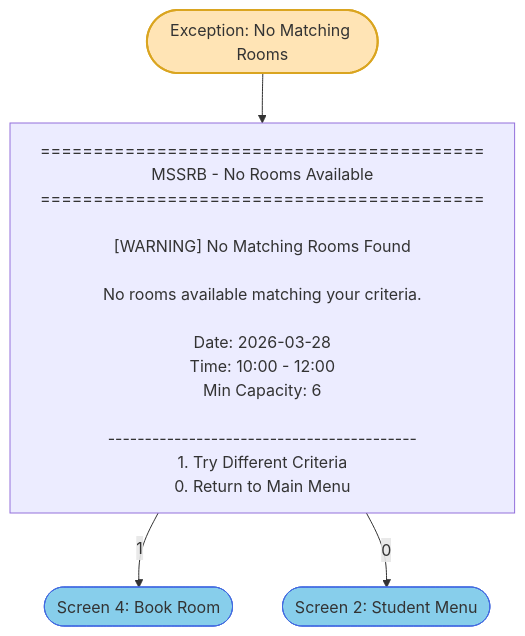
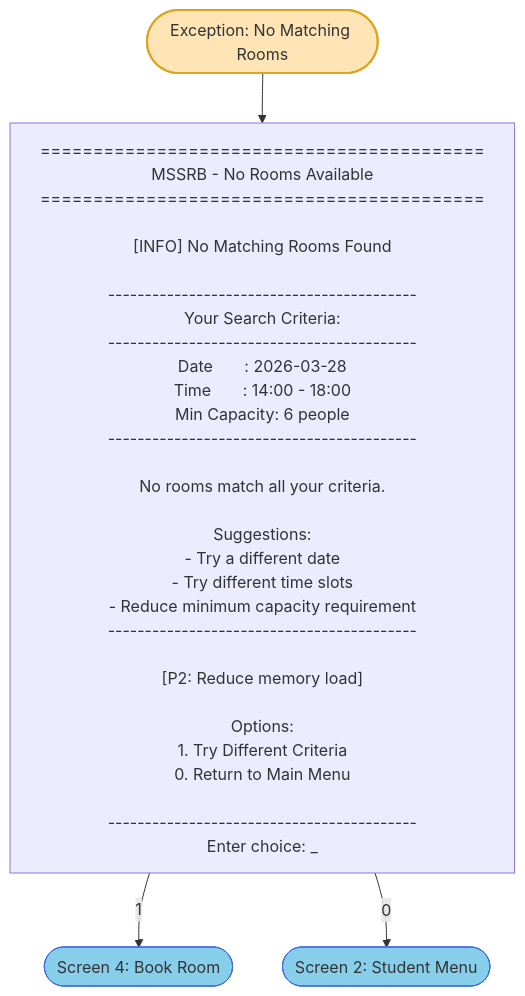
The diagram in mermaid/member_b/exception_no_rooms.mmd (alii0110-monash/fit5136-study-room-booking), drawn with Mermaid before and after one commit. The commit also changed 14 other files, not shown here.

First line of the commit message:
Enrich all Mermaid screens with complete UI content

```diff
--- a/mermaid/member_b/exception_no_rooms.mmd
+++ b/mermaid/member_b/exception_no_rooms.mmd
@@ -1,31 +1,46 @@
 flowchart TB
     NO_ROOMS(["Exception: No Matching Rooms"])
 
     NR1["
 ==========================================
 MSSRB - No Rooms Available
 ==========================================
 
-[WARNING] No Matching Rooms Found
-
-No rooms available matching your criteria.
-
-Date: 2026-03-28
-Time: 10:00 - 12:00
-Min Capacity: 6
+[INFO] No Matching Rooms Found
 
 ------------------------------------------
+Your Search Criteria:
+------------------------------------------
+Date       : 2026-03-28
+Time       : 14:00 - 18:00
+Min Capacity: 6 people
+------------------------------------------
+
+No rooms match all your criteria.
+
+Suggestions:
+- Try a different date
+- Try different time slots
+- Reduce minimum capacity requirement
+------------------------------------------
+
+[P2: Reduce memory load]
+
+Options:
 1. Try Different Criteria
 0. Return to Main Menu
+
+------------------------------------------
+Enter choice: _
     "]
 
     BOOK(["Screen 4: Book Room"])
     STUDENT_MENU(["Screen 2: Student Menu"])
 
     NO_ROOMS --> NR1
     NR1 -->|"1"| BOOK
     NR1 -->|"0"| STUDENT_MENU
 
     style NO_ROOMS fill:#FFE4B5,stroke:#DAA520,stroke-width:2px
     style BOOK fill:#87CEEB,stroke:#4169E1
     style STUDENT_MENU fill:#87CEEB,stroke:#4169E1
```
